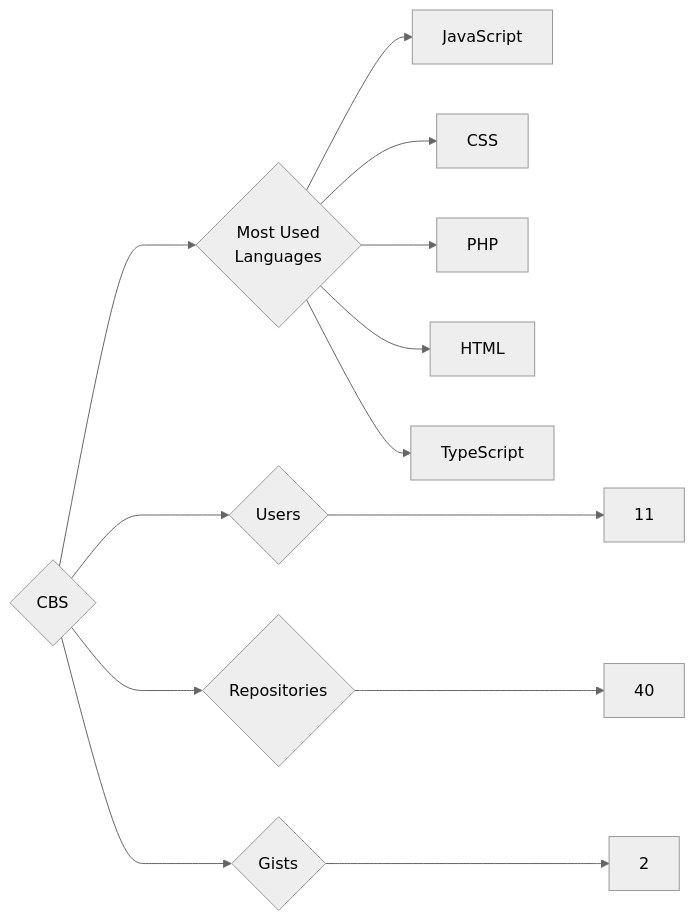
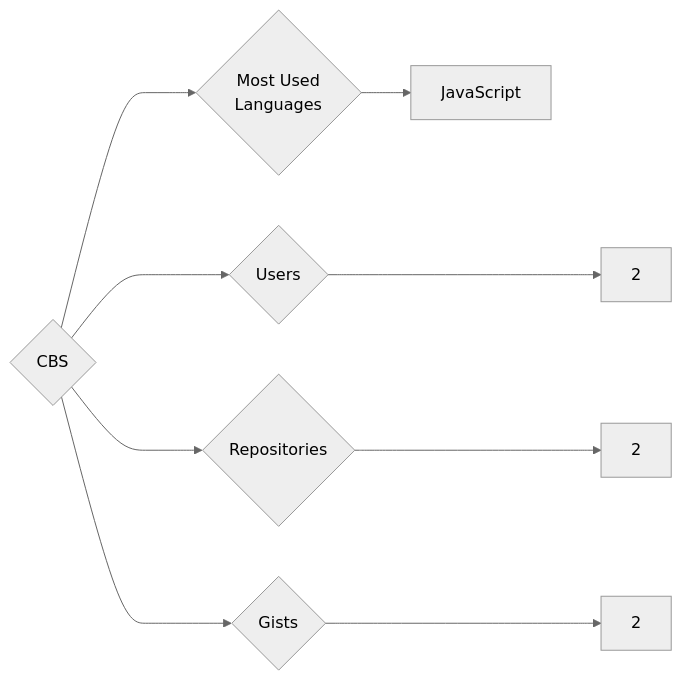
Before and after one commit to trickest/insiders: the diagram in targets/CBS/README.md, drawn with Mermaid (neutral theme). The commit also changed 745 other files, not shown here.

````diff
--- a/targets/CBS/README.md
+++ b/targets/CBS/README.md
@@ -3,13 +3,9 @@
 ```mermaid
 graph LR
 COMPANY_NAME{CBS}
-COMPANY_NAME ---> U{Users} ---> UN[11]
-COMPANY_NAME ---> R{Repositories} ---> RN[40]
+COMPANY_NAME ---> U{Users} ---> UN[2]
+COMPANY_NAME ---> R{Repositories} ---> RN[2]
 COMPANY_NAME ---> G{Gists} ---> GN[2]
 COMPANY_NAME ---> ML{Most Used<br>Languages}
 ML --> JavaScript[JavaScript]
-ML --> CSS[CSS]
-ML --> PHP[PHP]
-ML --> HTML[HTML]
-ML --> TypeScript[TypeScript]
 ```
````
